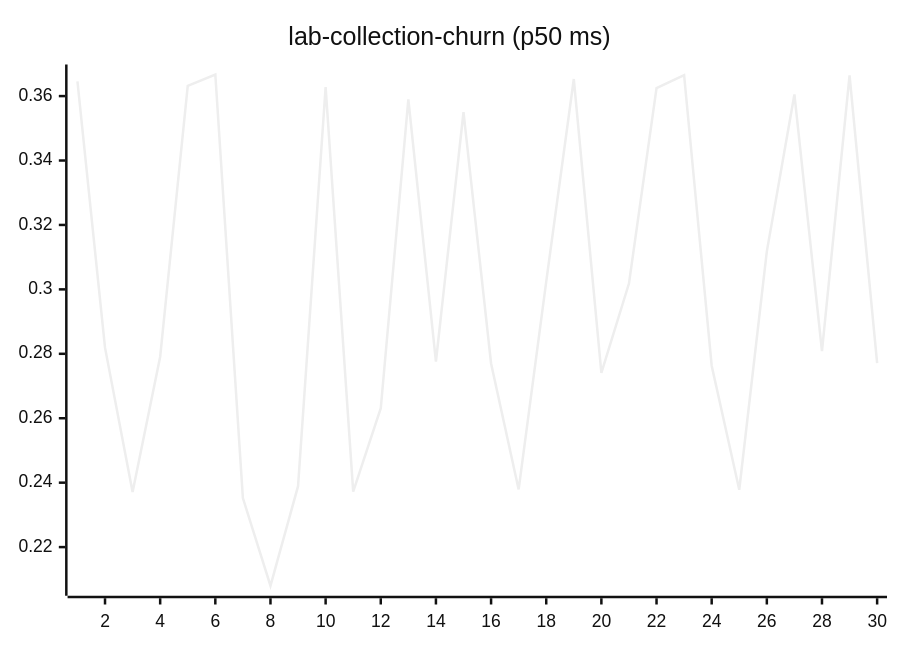
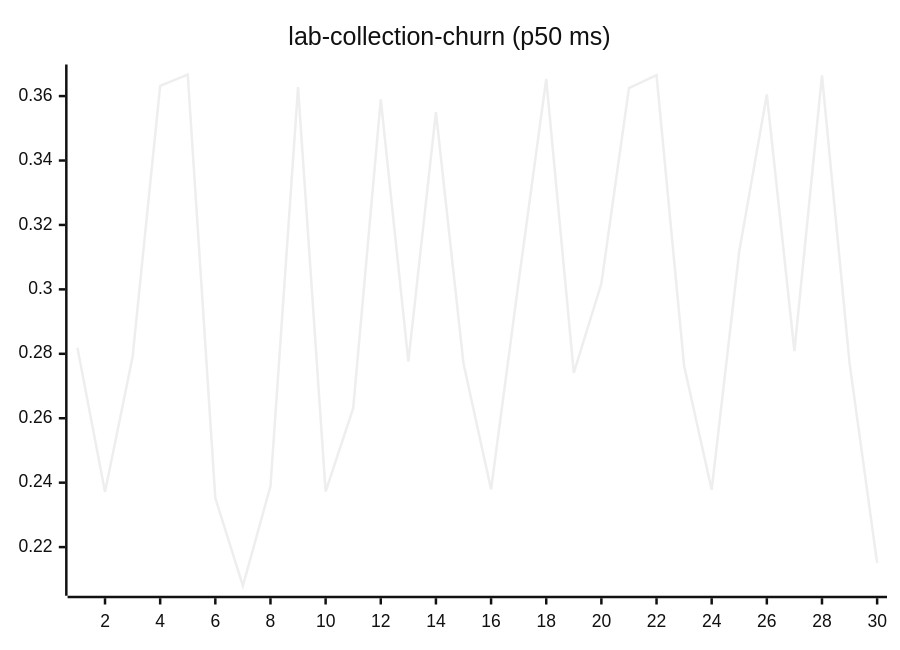
One commit to josha/Facet changed diagram 11 of 27 in README.md. Above: the diagram before and after it, drawn with Mermaid (neutral theme). The commit also changed other lines of this file and 2 other files, not shown here.

````diff
--- a/README.md
+++ b/README.md
@@ -133,6 +133,6 @@
 ```mermaid
 xychart-beta
     title "lab-collection-churn (p50 ms)"
     x-axis 1 --> 30
-    line [0.3646, 0.2819, 0.2371, 0.2791, 0.3632, 0.3667, 0.2352, 0.2080, 0.2389, 0.3628, 0.2372, 0.2631, 0.3590, 0.2776, 0.3550, 0.2770, 0.2379, 0.3024, 0.3653, 0.2741, 0.3018, 0.3625, 0.3665, 0.2763, 0.2378, 0.3118, 0.3605, 0.2808, 0.3664, 0.2771]
+    line [0.2819, 0.2371, 0.2791, 0.3632, 0.3667, 0.2352, 0.2080, 0.2389, 0.3628, 0.2372, 0.2631, 0.3590, 0.2776, 0.3550, 0.2770, 0.2379, 0.3024, 0.3653, 0.2741, 0.3018, 0.3625, 0.3665, 0.2763, 0.2378, 0.3118, 0.3605, 0.2808, 0.3664, 0.2771, 0.2151]
 ```
````
